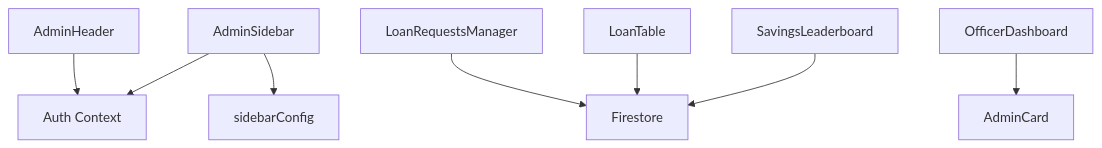
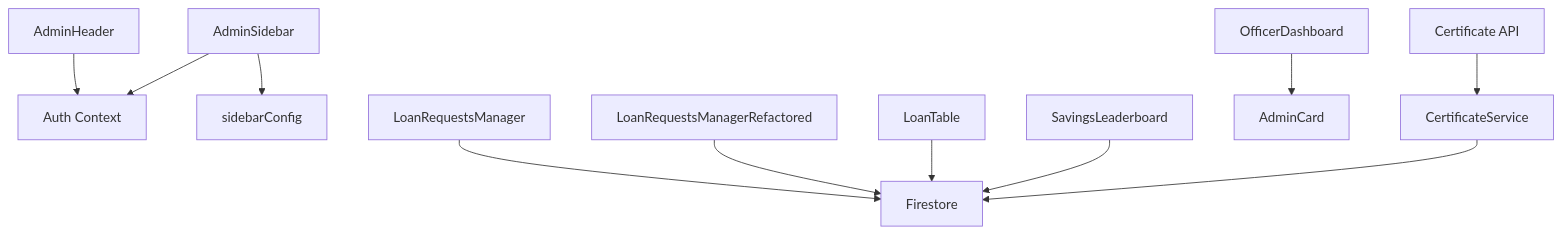
Before and after one commit to Unsure-bry/sampacoop_system: the sixth of 6 diagrams in .qoder/repowiki/en/content/UI Components & Design System/Administrative Components.md, drawn with Mermaid. The commit also changed other lines of this file and 24 other files, not shown here.

````diff
--- a/.qoder/repowiki/en/content/UI Components & Design System/Administrative Components.md
+++ b/.qoder/repowiki/en/content/UI Components & Design System/Administrative Components.md
@@ -366,10 +513,13 @@
 ```mermaid
 graph TB
 AH["AdminHeader"] --> AUTH["Auth Context"]
 AS["AdminSidebar"] --> CFG["sidebarConfig"]
 AS --> AUTH
 LRM["LoanRequestsManager"] --> FS["Firestore"]
+LRMR["LoanRequestsManagerRefactored"] --> FS
 LT["LoanTable"] --> FS
 SLB["SavingsLeaderboard"] --> FS
 OD["OfficerDashboard"] --> AC["AdminCard"]
+CS["CertificateService"] --> FS
+API["Certificate API"] --> CS
 ```
````
